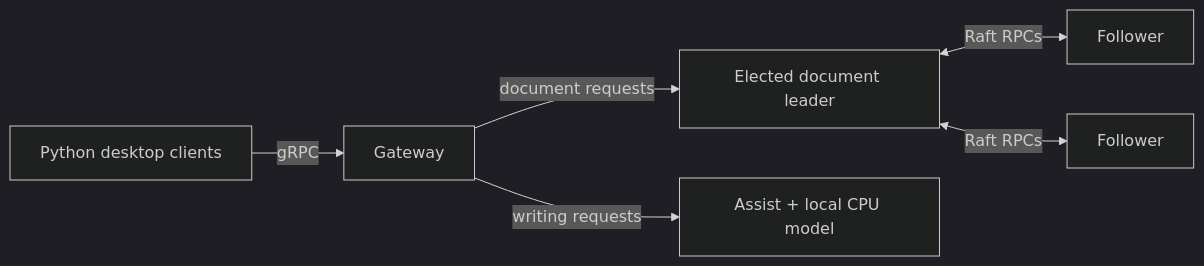
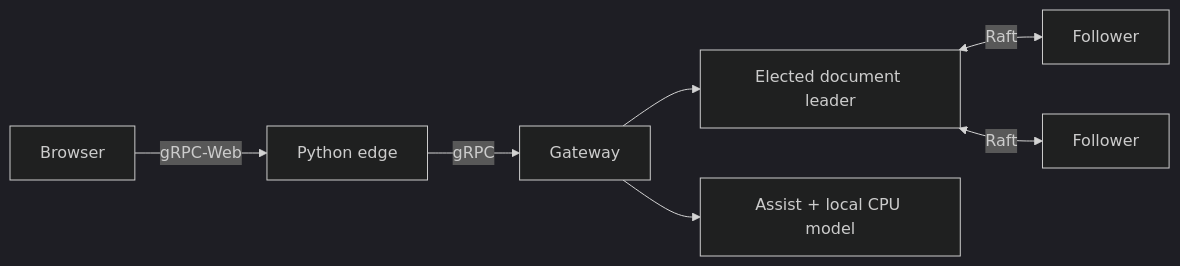
Before and after one commit to aryan1078/commonplace: the diagram in README.md, drawn with Mermaid (dark theme). The commit also changed other lines of this file and 31 other files, not shown here.

````diff
--- a/README.md
+++ b/README.md
@@ -27,8 +33,9 @@
 ```mermaid
 flowchart LR
-    C[Python desktop clients] -->|gRPC| G[Gateway]
-    G -->|document requests| L[Elected document leader]
-    L <-->|Raft RPCs| F1[Follower]
-    L <-->|Raft RPCs| F2[Follower]
-    G -->|writing requests| A[Assist + local CPU model]
+    B[Browser] -->|gRPC-Web| E[Python edge]
+    E -->|gRPC| G[Gateway]
+    G --> L[Elected document leader]
+    L <-->|Raft| F1[Follower]
+    L <-->|Raft| F2[Follower]
+    G --> A[Assist + local CPU model]
 ```
````
